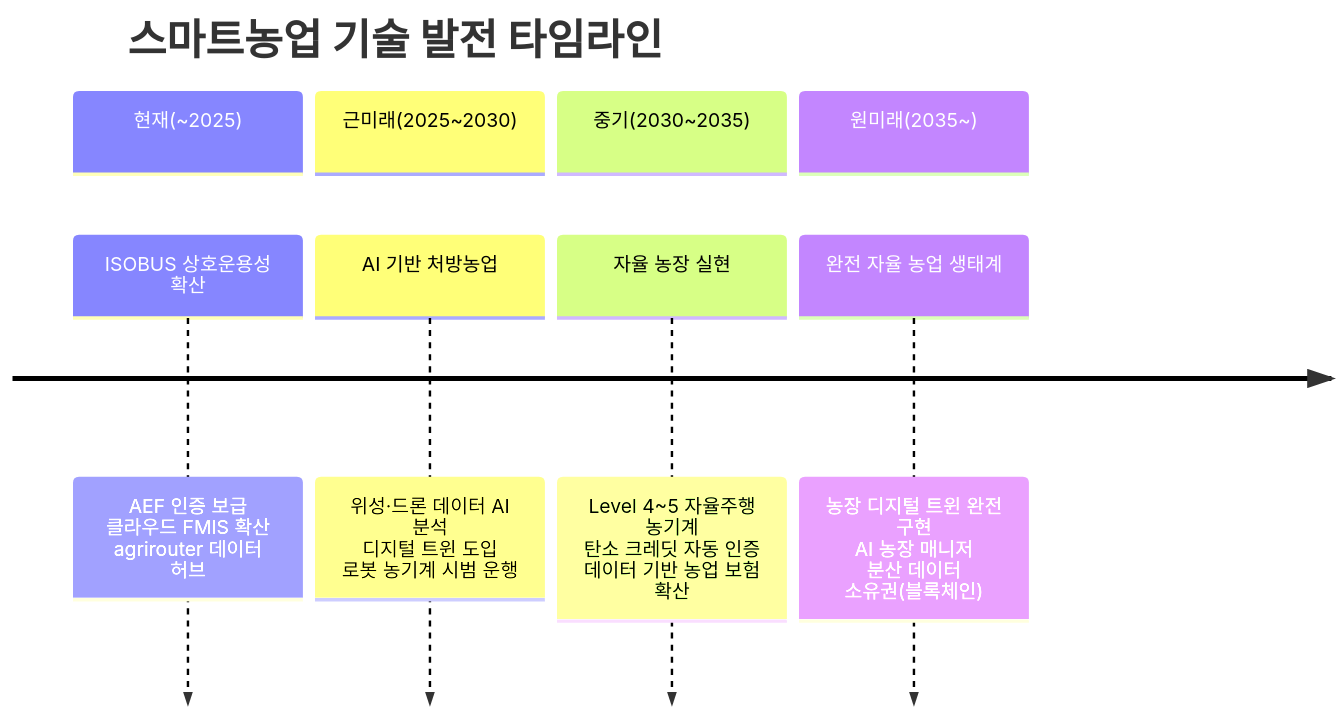
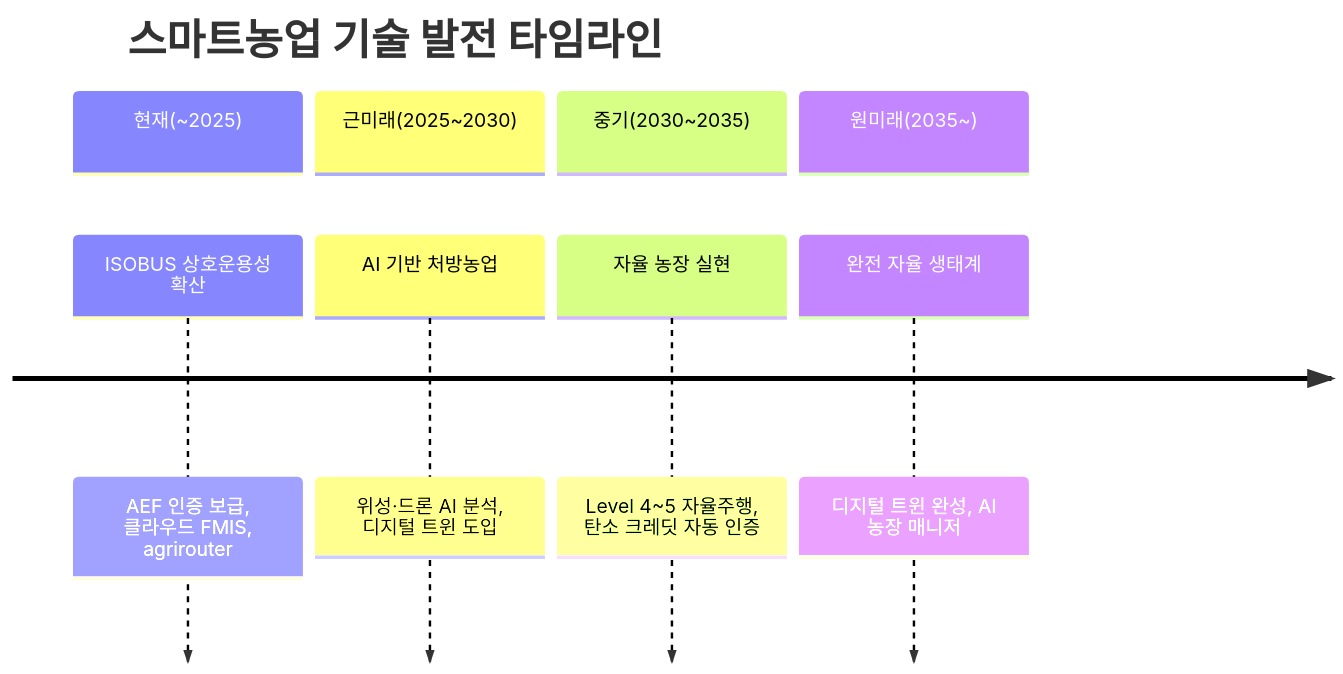
One commit to hobeen-kim/hobeen-kim.github.io changed the third of 3 diagrams in docs/_study/smart-agriculture/14-ecosystem.md. Above: the diagram before and after it, drawn with Mermaid. The commit also changed 1 other file, not shown here.

Commit message:
fix: mermaid timeline에서 <br> 제거 — timeline은 <br> 미지원
쉼표(,)로 항목 구분하도록 변경 (01, 14)

````diff
--- a/docs/_study/smart-agriculture/14-ecosystem.md
+++ b/docs/_study/smart-agriculture/14-ecosystem.md
@@ -109,12 +109,12 @@
 ```mermaid
 timeline
     title 스마트농업 기술 발전 타임라인
     section 현재(~2025)
-        ISOBUS 상호운용성 확산 : AEF 인증 보급<br>클라우드 FMIS 확산<br>agrirouter 데이터 허브
+        ISOBUS 상호운용성 확산 : AEF 인증 보급, 클라우드 FMIS, agrirouter
     section 근미래(2025~2030)
-        AI 기반 처방농업 : 위성·드론 데이터 AI 분석<br>디지털 트윈 도입<br>로봇 농기계 시범 운행
+        AI 기반 처방농업 : 위성·드론 AI 분석, 디지털 트윈 도입
     section 중기(2030~2035)
-        자율 농장 실현 : Level 4~5 자율주행 농기계<br>탄소 크레딧 자동 인증<br>데이터 기반 농업 보험 확산
+        자율 농장 실현 : Level 4~5 자율주행, 탄소 크레딧 자동 인증
     section 원미래(2035~)
-        완전 자율 농업 생태계 : 농장 디지털 트윈 완전 구현<br>AI 농장 매니저<br>분산 데이터 소유권(블록체인)
+        완전 자율 생태계 : 디지털 트윈 완성, AI 농장 매니저
 ```
````
